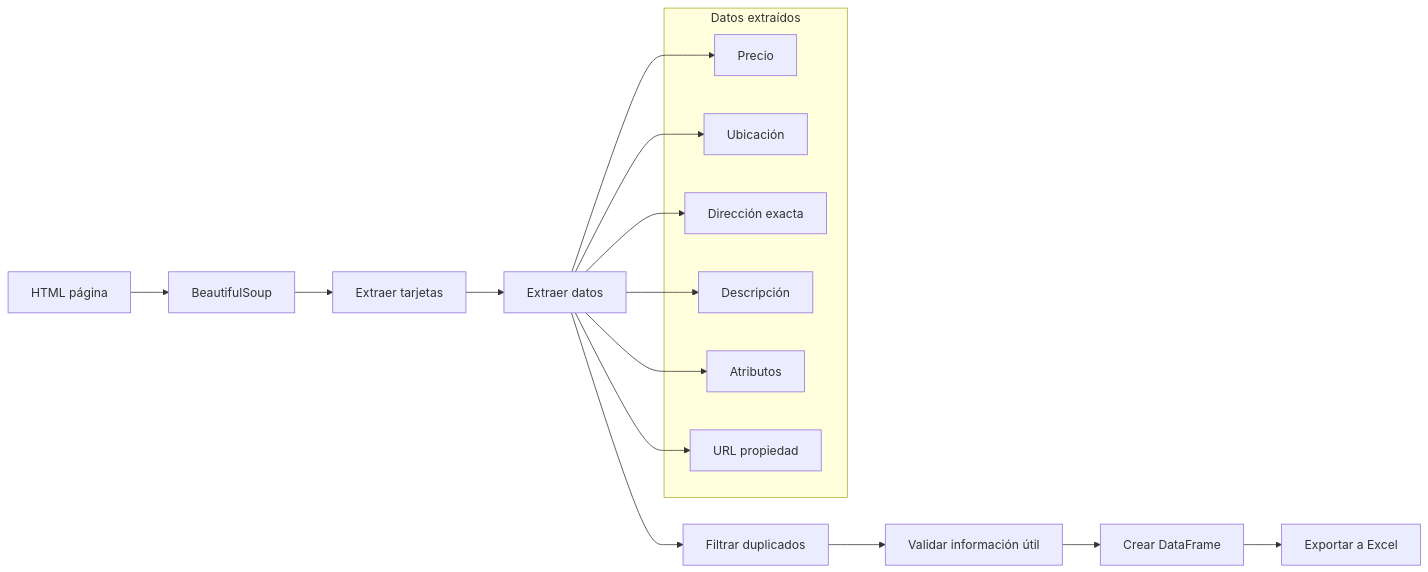
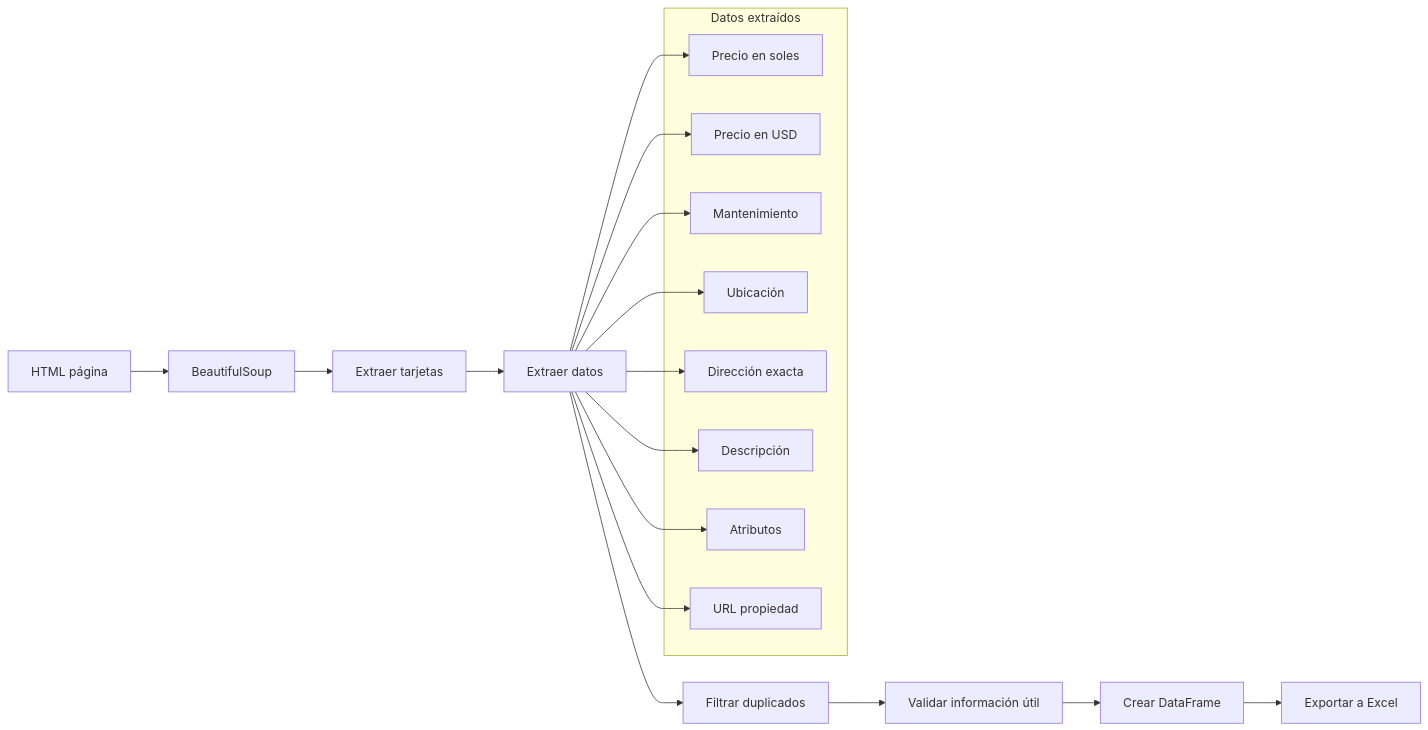
Before and after one commit to JuanJLH/documentaciones: the sixth of 10 diagrams in P-SCRAPER-URBANIA.md, drawn with Mermaid. The commit also changed other lines of this file, not shown here.

````diff
--- a/P-SCRAPER-URBANIA.md
+++ b/P-SCRAPER-URBANIA.md
@@ -167,26 +206,30 @@
 ```mermaid
 flowchart LR
     html[HTML página] --> soup[BeautifulSoup]
     soup --> tarjetas[Extraer tarjetas]
     tarjetas --> datos[Extraer datos]
     datos --> filtro[Filtrar duplicados]
     filtro --> validar[Validar información útil]
     validar --> dataframe[Crear DataFrame]
     dataframe --> excel[Exportar a Excel]
     
     subgraph "Datos extraídos"
-        price[Precio]
+        price_soles[Precio en soles]
+        price_usd[Precio en USD]
+        mantenimiento[Mantenimiento]
         location[Ubicación]
         address[Dirección exacta]
         description[Descripción]
         attributes[Atributos]
         url_prop[URL propiedad]
     end
     
-    datos --> price
+    datos --> price_soles
+    datos --> price_usd
+    datos --> mantenimiento
     datos --> location
     datos --> address
     datos --> description
     datos --> attributes
     datos --> url_prop
 ```
````
